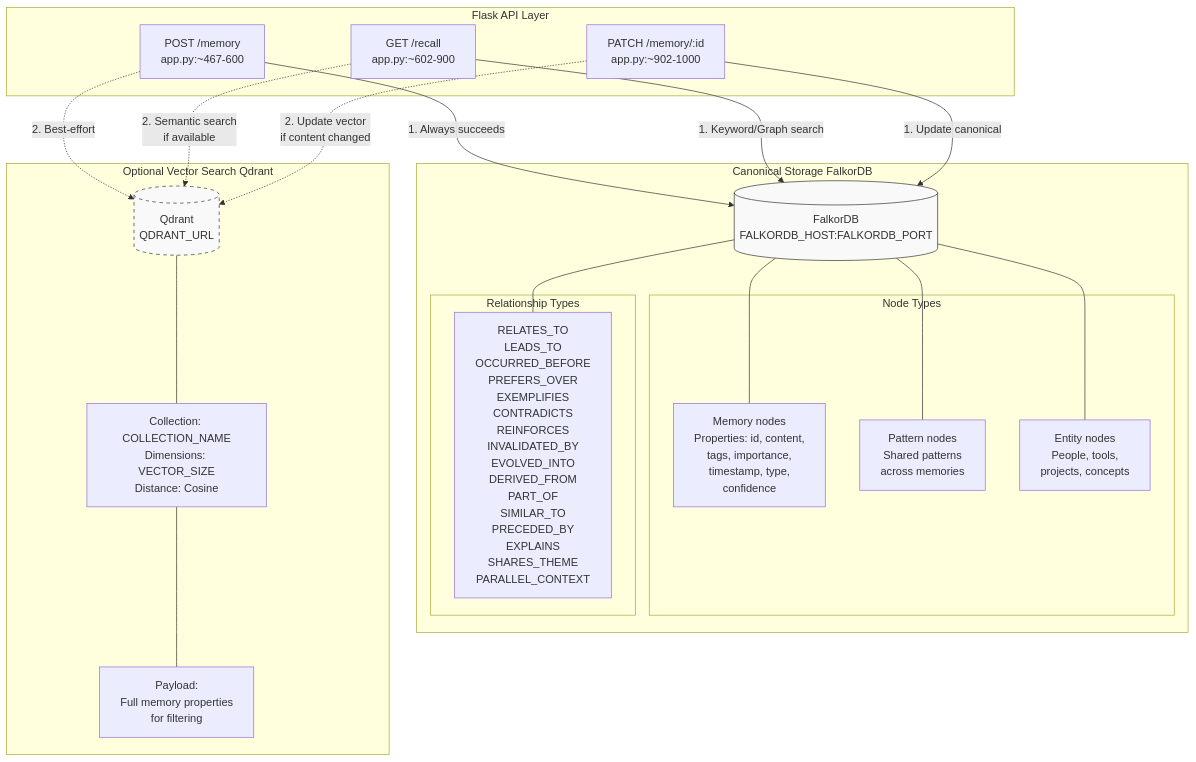
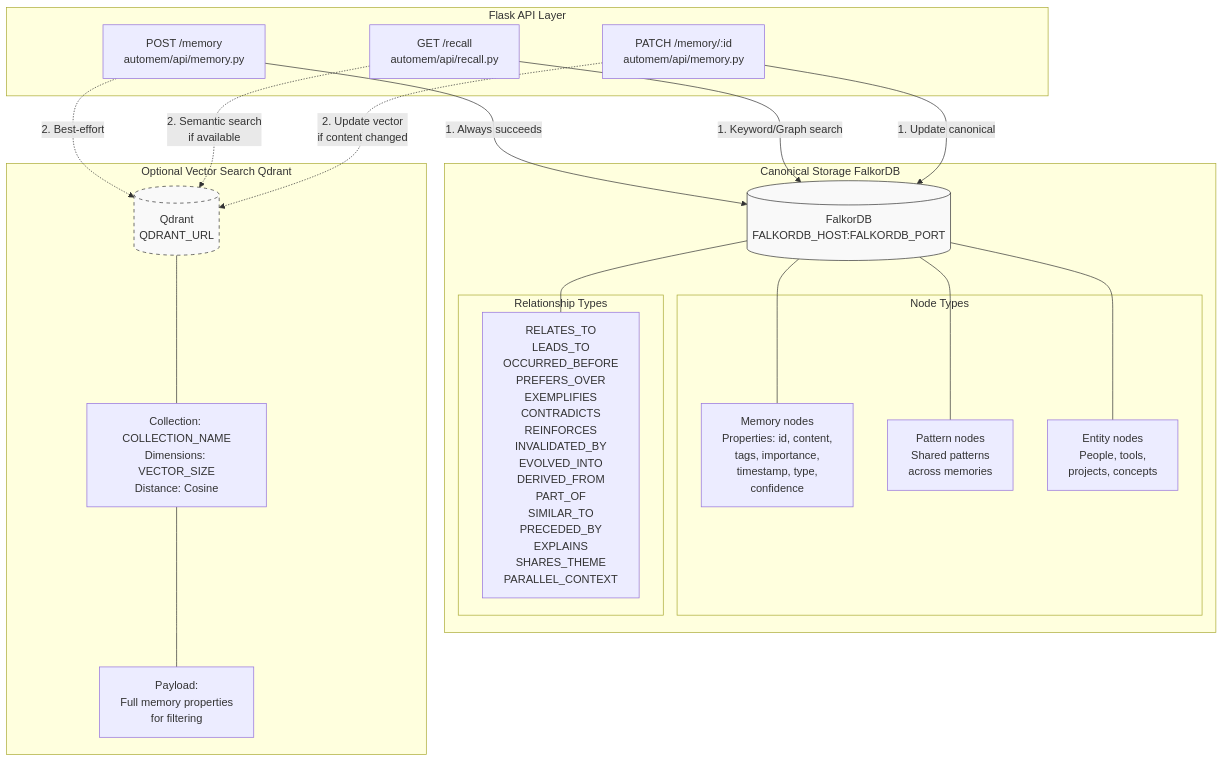
Before and after one commit to verygoodplugins/automem-website: the third of 6 diagrams in src/content/docs/docs/overview.md, drawn with Mermaid. The commit also changed other lines of this file and 2 other files, not shown here.

````diff
--- a/src/content/docs/docs/overview.md
+++ b/src/content/docs/docs/overview.md
@@ -173,48 +173,48 @@
 ```mermaid
 graph TB
     subgraph api["Flask API Layer"]
-        StoreMemory["POST /memory<br/>app.py:~467-600"]
-        RecallMemory["GET /recall<br/>app.py:~602-900"]
-        UpdateMemory["PATCH /memory/:id<br/>app.py:~902-1000"]
+        StoreMemory["POST /memory<br/>automem/api/memory.py"]
+        RecallMemory["GET /recall<br/>automem/api/recall.py"]
+        UpdateMemory["PATCH /memory/:id<br/>automem/api/memory.py"]
     end
 
     subgraph canonical["Canonical Storage FalkorDB"]
         GraphDB[("FalkorDB<br/>FALKORDB_HOST:FALKORDB_PORT")]
 
         subgraph nodes["Node Types"]
             MemoryNode["Memory nodes<br/>Properties: id, content,<br/>tags, importance,<br/>timestamp, type,<br/>confidence"]
             PatternNode["Pattern nodes<br/>Shared patterns<br/>across memories"]
             EntityNode["Entity nodes<br/>People, tools,<br/>projects, concepts"]
         end
 
         subgraph edges["Relationship Types"]
             RelTypes["RELATES_TO<br/>LEADS_TO<br/>OCCURRED_BEFORE<br/>PREFERS_OVER<br/>EXEMPLIFIES<br/>CONTRADICTS<br/>REINFORCES<br/>INVALIDATED_BY<br/>EVOLVED_INTO<br/>DERIVED_FROM<br/>PART_OF<br/>SIMILAR_TO<br/>PRECEDED_BY<br/>EXPLAINS<br/>SHARES_THEME<br/>PARALLEL_CONTEXT"]
         end
     end
 
     subgraph optional["Optional Vector Search Qdrant"]
         VectorDB[("Qdrant<br/>QDRANT_URL")]
         Collection["Collection: COLLECTION_NAME<br/>Dimensions: VECTOR_SIZE<br/>Distance: Cosine"]
         Payload["Payload:<br/>Full memory properties<br/>for filtering"]
     end
 
     StoreMemory -->|"1. Always succeeds"| GraphDB
     StoreMemory -.->|"2. Best-effort"| VectorDB
 
     RecallMemory -->|"1. Keyword/Graph search"| GraphDB
     RecallMemory -.->|"2. Semantic search<br/>if available"| VectorDB
 
     UpdateMemory -->|"1. Update canonical"| GraphDB
     UpdateMemory -.->|"2. Update vector<br/>if content changed"| VectorDB
 
     GraphDB --- MemoryNode
     GraphDB --- PatternNode
     GraphDB --- EntityNode
     GraphDB --- RelTypes
 
     VectorDB --- Collection
     Collection --- Payload
 
     style GraphDB fill:#f9f9f9,stroke:#333
     style VectorDB fill:#f9f9f9,stroke:#333,stroke-dasharray: 5 5
 ```
````
